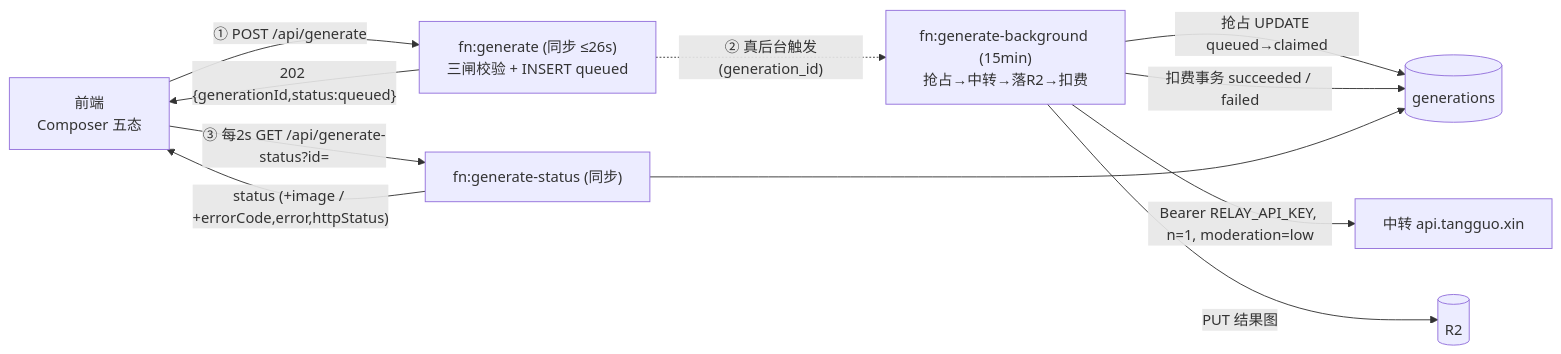
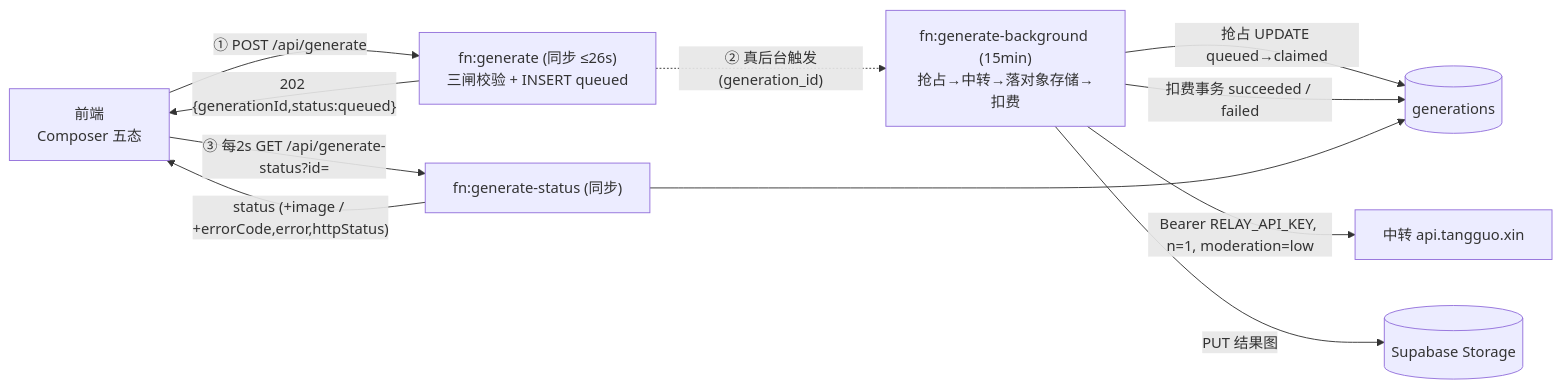
One commit to Ttt599536561/image-2 changed the diagram in docs/dev/04-generation-pipeline.md. Above: the diagram before and after it, drawn with Mermaid. The commit also changed other lines of this file and 20 other files, not shown here.

````diff
--- a/docs/dev/04-generation-pipeline.md
+++ b/docs/dev/04-generation-pipeline.md
@@ -16,13 +16,13 @@
 ```mermaid
 flowchart LR
   U["前端\nComposer 五态"] -->|"① POST /api/generate"| S["fn:generate (同步 ≤26s)\n三闸校验 + INSERT queued"]
   S -->|"202 {generationId,status:queued}"| U
-  S -.->|"② 真后台触发(generation_id)"| BG["fn:generate-background (15min)\n抢占→中转→落R2→扣费"]
+  S -.->|"② 真后台触发(generation_id)"| BG["fn:generate-background (15min)\n抢占→中转→落对象存储→扣费"]
   U -->|"③ 每2s GET /api/generate-status?id="| ST["fn:generate-status (同步)"]
   ST -->|"status (+image / +errorCode,error,httpStatus)"| U
   BG -->|"抢占 UPDATE queued→claimed"| DB[("generations")]
   BG -->|"Bearer RELAY_API_KEY, n=1, moderation=low"| RELAY["中转 api.tangguo.xin"]
-  BG -->|"PUT 结果图"| R2[("R2")]
+  BG -->|"PUT 结果图"| Storage[("Supabase Storage")]
   BG -->|"扣费事务 succeeded / failed"| DB
   ST --> DB
 ```
````
